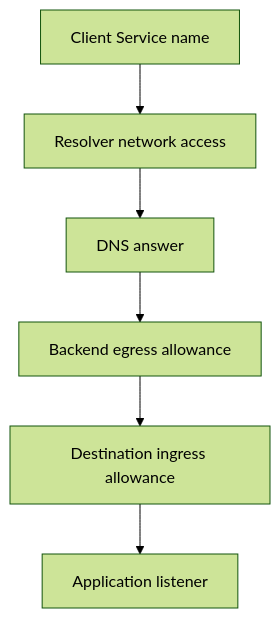
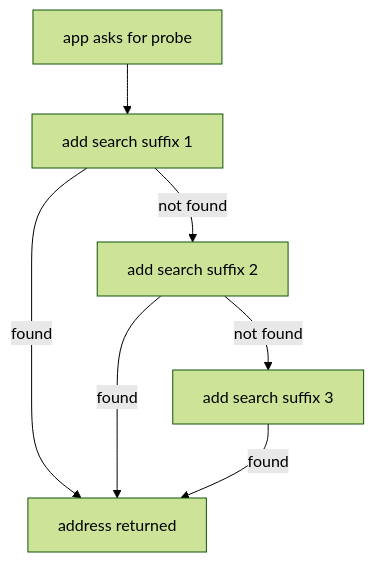
The diagram in sections/section-010/module-01/course-02-dns-and-service-discovery.md (astrona-io/ATS026), drawn with Mermaid (forest theme) before and after one commit. The commit also changed other lines of this file and 379 other files, not shown here.

````diff
--- a/sections/section-010/module-01/course-02-dns-and-service-discovery.md
+++ b/sections/section-010/module-01/course-02-dns-and-service-discovery.md
@@ -56,8 +45,9 @@
 ```mermaid
 flowchart TB
-    C["Client Service name"] --> D["Resolver network access"]
-    D --> N["DNS answer"]
-    N --> E["Backend egress allowance"]
-    E --> I["Destination ingress allowance"]
-    I --> A["Application listener"]
+    A["app asks for probe"] --> B["add search suffix 1"]
+    B -->|"found"| Z["address returned"]
+    B -->|"not found"| C["add search suffix 2"]
+    C -->|"found"| Z
+    C -->|"not found"| D["add search suffix 3"]
+    D -->|"found"| Z
 ```
````
